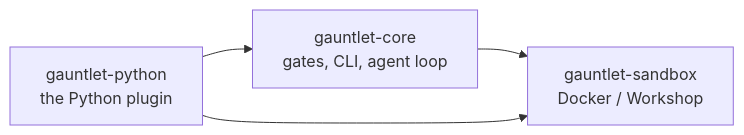
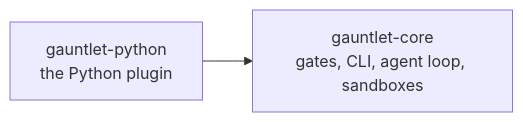
The first of 3 diagrams in docs/architecture.md (gajeshbhat/gauntlet), drawn with Mermaid before and after one commit. The commit also changed other lines of this file and 57 other files, not shown here.

First line of the commit message:
refactor: Drop Docker and Workshop; run locally, isolate with OpenShell (#26)

````diff
--- a/docs/architecture.md
+++ b/docs/architecture.md
@@ -8,6 +8,4 @@
 ```mermaid
 flowchart LR
-    py["gauntlet-python<br/>the Python plugin"] --> core["gauntlet-core<br/>gates, CLI, agent loop"]
-    core --> sbx["gauntlet-sandbox<br/>Docker / Workshop"]
-    py --> sbx
+    py["gauntlet-python<br/>the Python plugin"] --> core["gauntlet-core<br/>gates, CLI, agent loop, sandboxes"]
 ```
````
